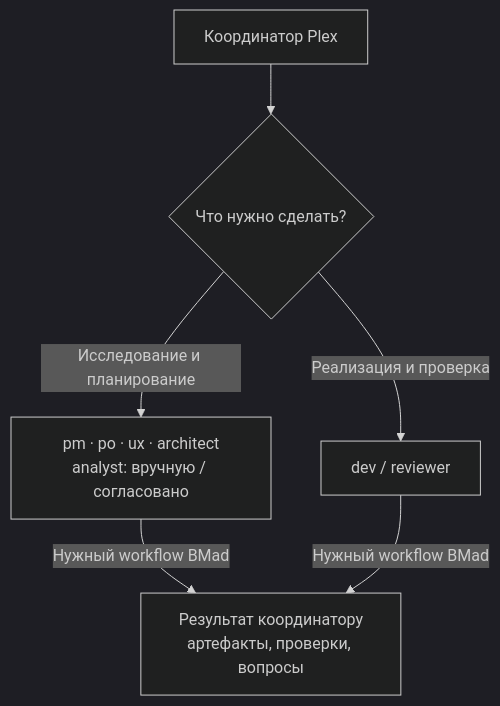
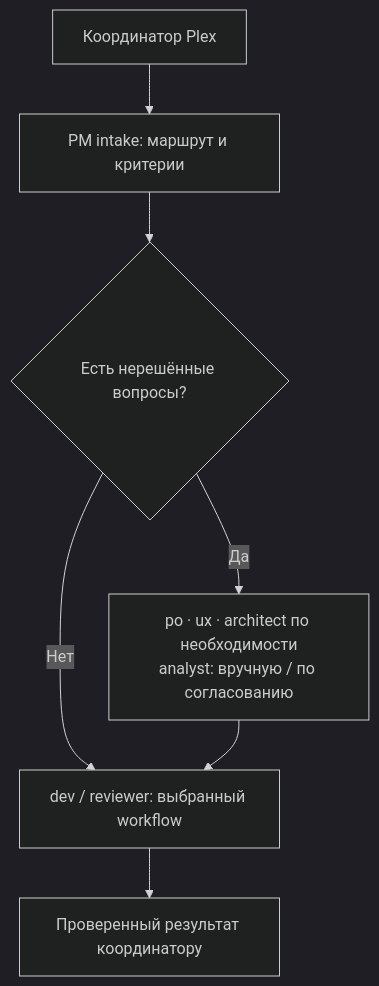
One commit to pnetcloud/plex-ai changed the diagram in teams/bmad/README.ru.md. Above: the diagram before and after it, drawn with Mermaid (dark theme). The commit also changed other lines of this file and 43 other files, not shown here.

````diff
--- a/teams/bmad/README.ru.md
+++ b/teams/bmad/README.ru.md
@@ -52,8 +52,9 @@
 ```mermaid
 flowchart TD
-    Root["Координатор Plex"] --> Task{"Что нужно сделать?"}
-    Task -->|"Исследование и планирование"| Planning["pm · po · ux · architect<br/>analyst: вручную / согласовано"]
-    Task -->|"Реализация и проверка"| Dev["dev / reviewer"]
-    Planning -->|"Нужный workflow BMad"| Result["Результат координатору<br/>артефакты, проверки, вопросы"]
-    Dev -->|"Нужный workflow BMad"| Result
+    Root["Координатор Plex"] --> PM["PM intake: маршрут и критерии"]
+    PM --> Task{"Есть нерешённые вопросы?"}
+    Task -->|Да| Planning["po · ux · architect по необходимости<br/>analyst: вручную / по согласованию"]
+    Task -->|Нет| Dev["dev / reviewer: выбранный workflow"]
+    Planning --> Dev
+    Dev --> Result["Проверенный результат координатору"]
 ```
````
